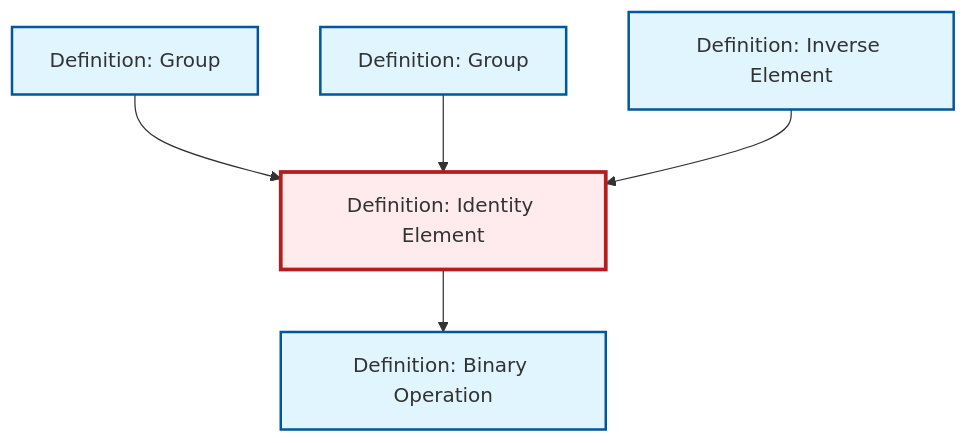
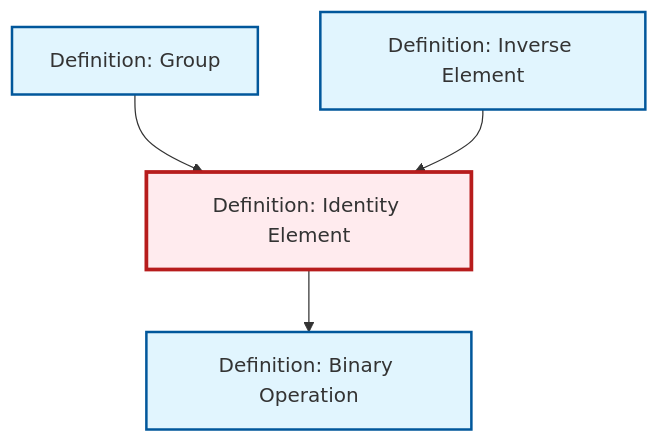
Before and after one commit to RK0429/ModernMath: the diagram in content/en/algebra/def-identity-element.qmd, drawn with Mermaid. The commit also changed 530 other files, not shown here.

````diff
--- a/content/en/algebra/def-identity-element.qmd
+++ b/content/en/algebra/def-identity-element.qmd
@@ -77,23 +77,20 @@
 ```{mermaid}
 %%| fig-cap: "Local dependency graph"
 graph TD
     classDef definition fill:#e1f5fe,stroke:#01579b,stroke-width:2px
     classDef theorem fill:#f3e5f5,stroke:#4a148c,stroke-width:2px
     classDef axiom fill:#fff3e0,stroke:#e65100,stroke-width:2px
     classDef example fill:#e8f5e9,stroke:#1b5e20,stroke-width:2px
     classDef current fill:#ffebee,stroke:#b71c1c,stroke-width:3px
+    def-group["Definition: Group"]:::definition
     def-inverse-element["Definition: Inverse Element"]:::definition
+    def-binary-operation["Definition: Binary Operation"]:::definition
     def-identity-element["Definition: Identity Element"]:::definition
-    def-binary-operation["Definition: Binary Operation"]:::definition
-    def-group["Definition: Group"]:::definition
-    def-group-example["Definition: Group"]:::definition
-    def-group-example --> def-identity-element
     def-group --> def-identity-element
     def-inverse-element --> def-identity-element
     def-identity-element --> def-binary-operation
     class def-identity-element current
+    click def-group "def-group.html" "Go to Group definition"
     click def-inverse-element "def-inverse-element.html" "Go to Inverse Element definition"
     click def-binary-operation "def-binary-operation.html" "Go to Binary Operation definition"
-    click def-group "def-group.html" "Go to Group definition"
-    click def-group-example "def-group-example.html" "Go to Group definition"
 ```
````
